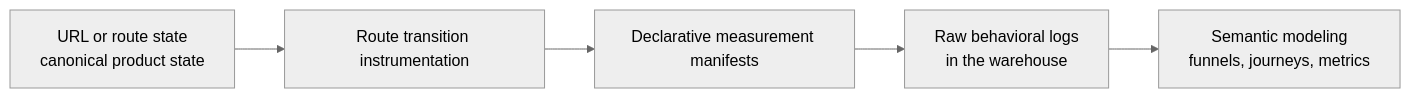
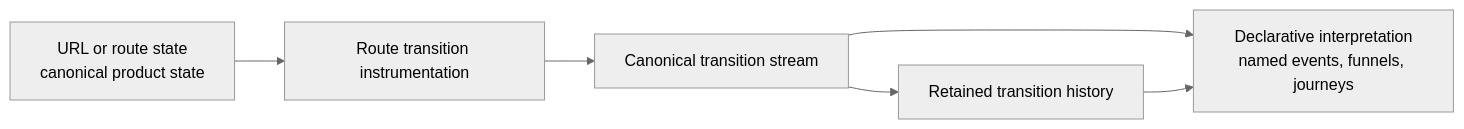
The first of 4 diagrams in .agents/plugins/software-architecture/skills/architecture-pattern-application/references/route-state-product-analytics.md (japboy/agent-marketplace), drawn with Mermaid (neutral theme) before and after one commit. The commit also changed other lines of this file and 2 other files, not shown here.

````diff
--- a/.agents/plugins/software-architecture/skills/architecture-pattern-application/references/route-state-product-analytics.md
+++ b/.agents/plugins/software-architecture/skills/architecture-pattern-application/references/route-state-product-analytics.md
@@ -20,7 +27,8 @@
 ```mermaid
 flowchart LR
   A[URL or route state<br/>canonical product state] --> B[Route transition instrumentation]
-  B --> C[Declarative measurement manifests]
-  C --> D[Raw behavioral logs<br/>in the warehouse]
-  D --> E[Semantic modeling<br/>funnels, journeys, metrics]
+  B --> C[Canonical transition stream]
+  C --> D[Declarative interpretation<br/>named events, funnels, journeys]
+  C --> E[Retained transition history]
+  E --> D
 ```
````
